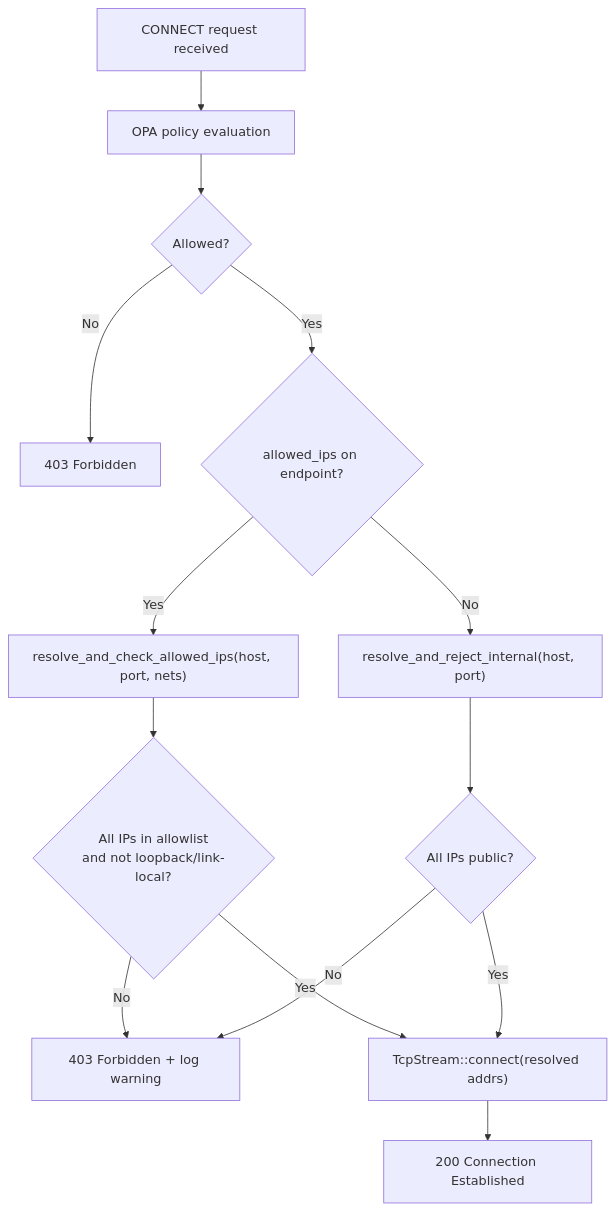
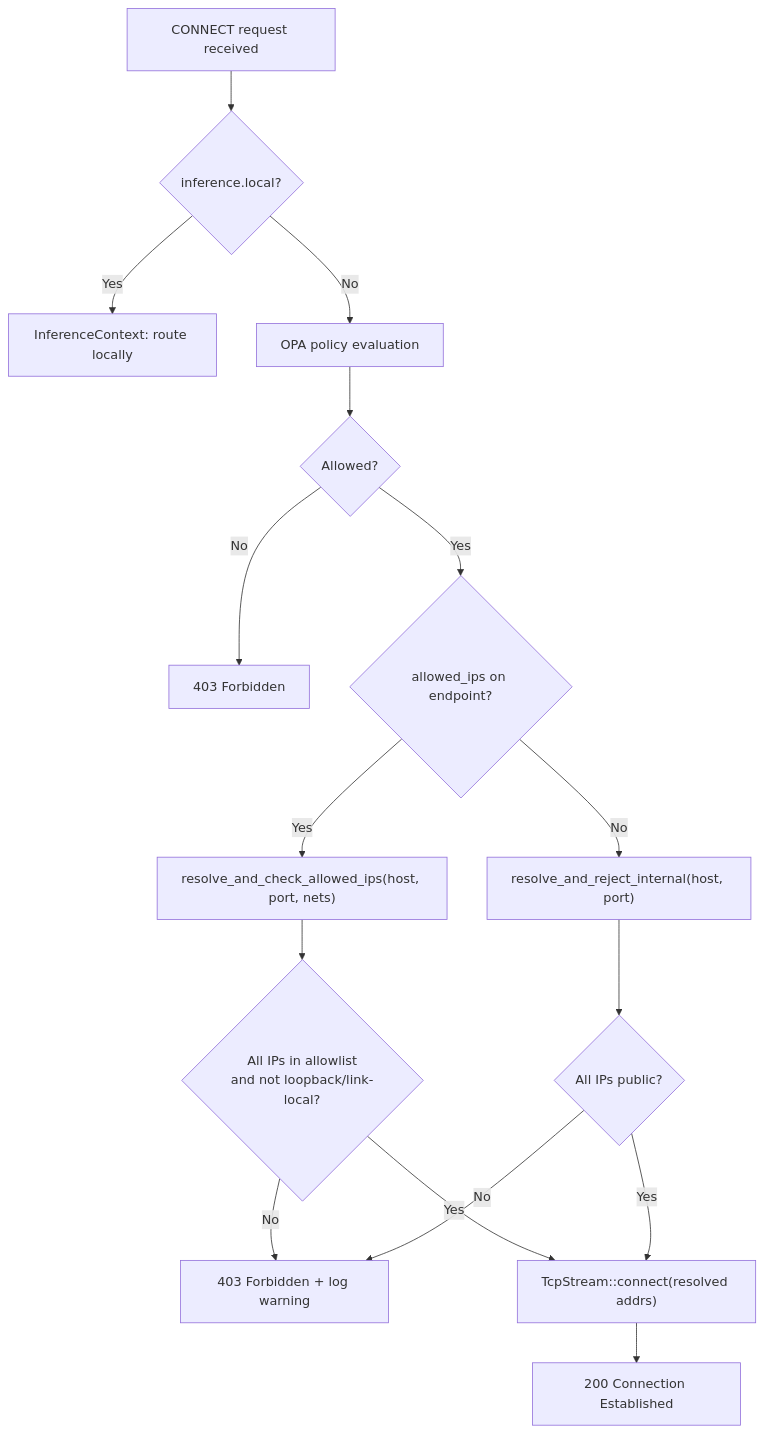
Before and after one commit to NVIDIA/OpenShell: the fifth of 5 diagrams in architecture/security-policy.md, drawn with Mermaid. The commit also changed other lines of this file and 50 other files, not shown here.

First line of the commit message:
refactor(inference): simplify routing — introduce inference.local, remove implicit catch-all [skip ci]

````diff
--- a/architecture/security-policy.md
+++ b/architecture/security-policy.md
@@ -777,16 +768,18 @@
 ```mermaid
 flowchart TD
-    A[CONNECT request received] --> D[OPA policy evaluation]
+    A[CONNECT request received] --> B{inference.local?}
+    B -- Yes --> C["InferenceContext: route locally"]
+    B -- No --> D[OPA policy evaluation]
     D --> E{Allowed?}
     E -- No --> F["403 Forbidden"]
     E -- Yes --> G{allowed_ips on endpoint?}
     G -- Yes --> H["resolve_and_check_allowed_ips(host, port, nets)"]
     H --> I{All IPs in allowlist<br/>and not loopback/link-local?}
     I -- No --> J["403 Forbidden + log warning"]
     I -- Yes --> K["TcpStream::connect(resolved addrs)"]
     G -- No --> L["resolve_and_reject_internal(host, port)"]
     L --> M{All IPs public?}
     M -- No --> J
     M -- Yes --> K
     K --> N[200 Connection Established]
 ```
````
